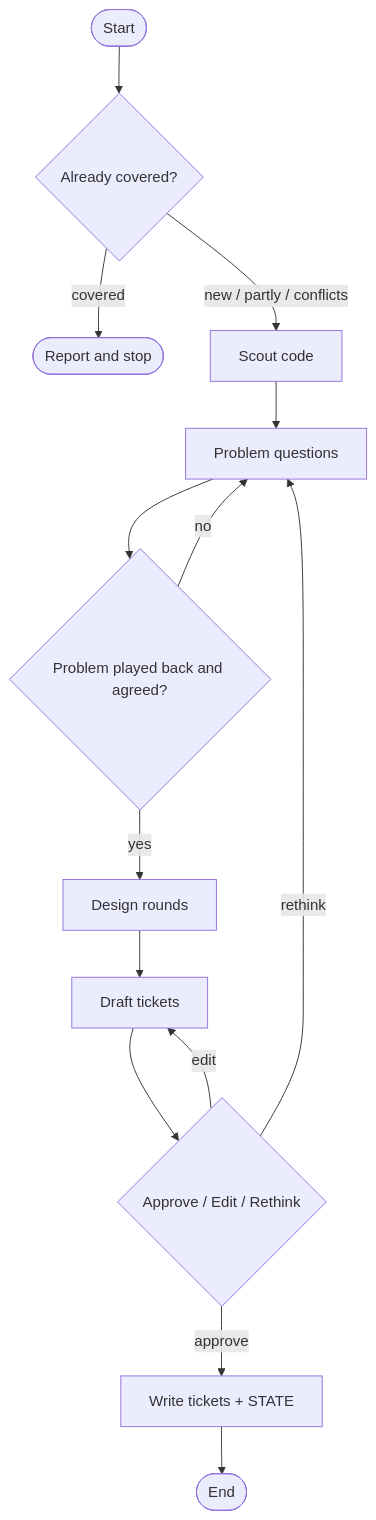
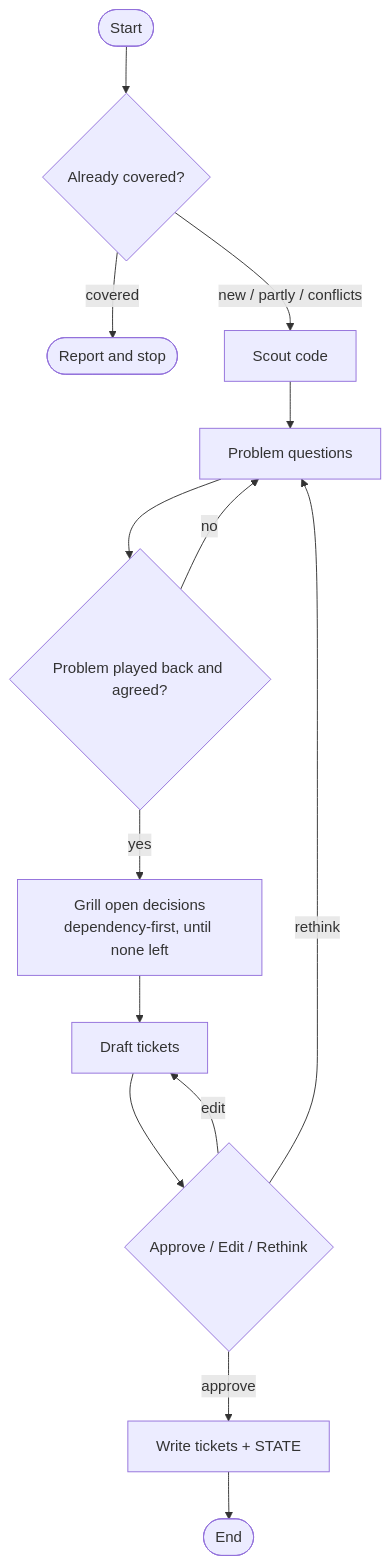
One commit to mrJTY/ayt changed the fifth of 16 diagrams in docs/flows.md. Above: the diagram before and after it, drawn with Mermaid. The commit also changed other lines of this file and 10 other files, not shown here.

````diff
--- a/docs/flows.md
+++ b/docs/flows.md
@@ -81,13 +86,13 @@
 ```mermaid
 flowchart TD
   start([Start]) --> cov{"Already covered?"}
   cov -- covered --> stop1([Report and stop])
   cov -- "new / partly / conflicts" --> scout["Scout code"] --> problem["Problem questions"]
   problem --> agreed{"Problem played back and agreed?"}
   agreed -- no --> problem
-  agreed -- yes --> how["Design rounds"] --> draft["Draft tickets"]
+  agreed -- yes --> how["Grill open decisions<br/>dependency-first, until none left"] --> draft["Draft tickets"]
   draft --> review{"Approve / Edit / Rethink"}
   review -- edit --> draft
   review -- rethink --> problem
   review -- approve --> write["Write tickets + STATE"] --> stop2([End])
 ```
````
